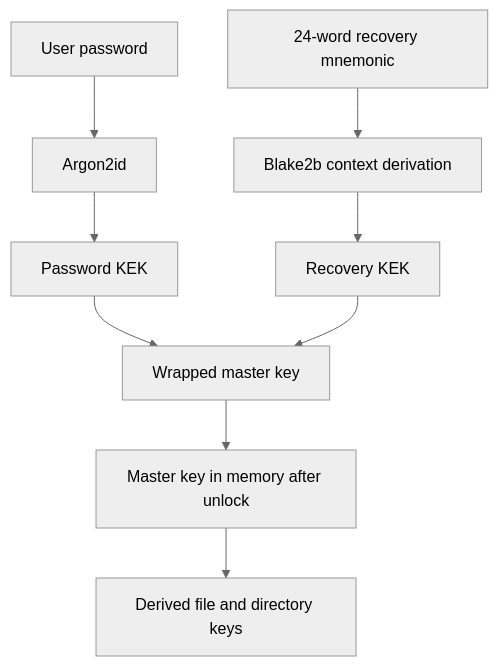
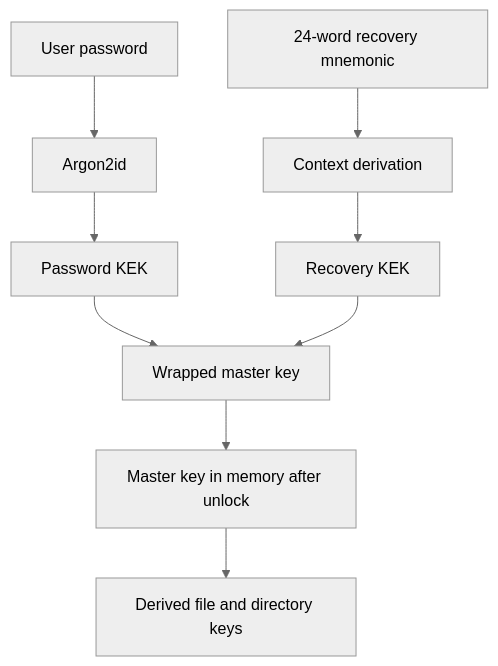
Before and after one commit to axiom-vault/axiom-vault.github.io: the diagram in src/security.md, drawn with Mermaid (neutral theme). The commit also changed other lines of this file and 8 other files, not shown here.

````diff
--- a/src/security.md
+++ b/src/security.md
@@ -32,11 +22,11 @@
 ```mermaid
 flowchart TD
 P[User password] --> A[Argon2id]
 A --> PK[Password KEK]
 PK --> WMK[Wrapped master key]
-R[24-word recovery mnemonic] --> B[Blake2b context derivation]
+R[24-word recovery mnemonic] --> B[Context derivation]
 B --> RK[Recovery KEK]
 RK --> WMK
 WMK --> MK[Master key in memory after unlock]
 MK --> FK[Derived file and directory keys]
 ```
````
